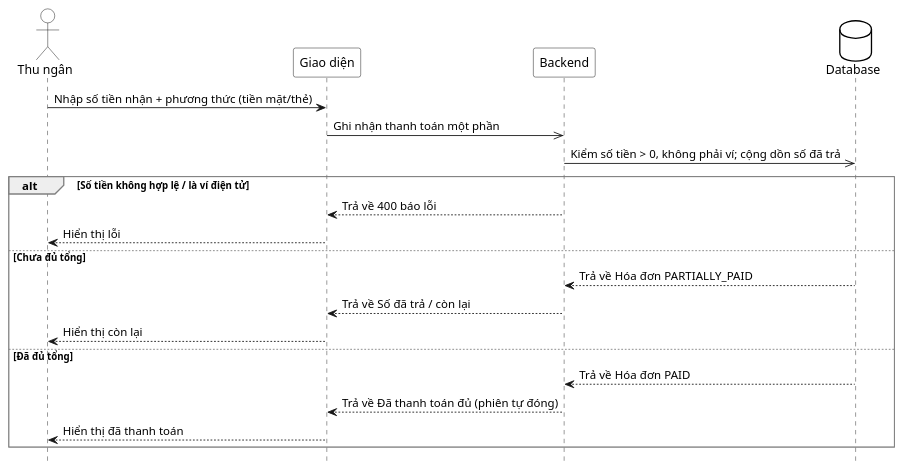
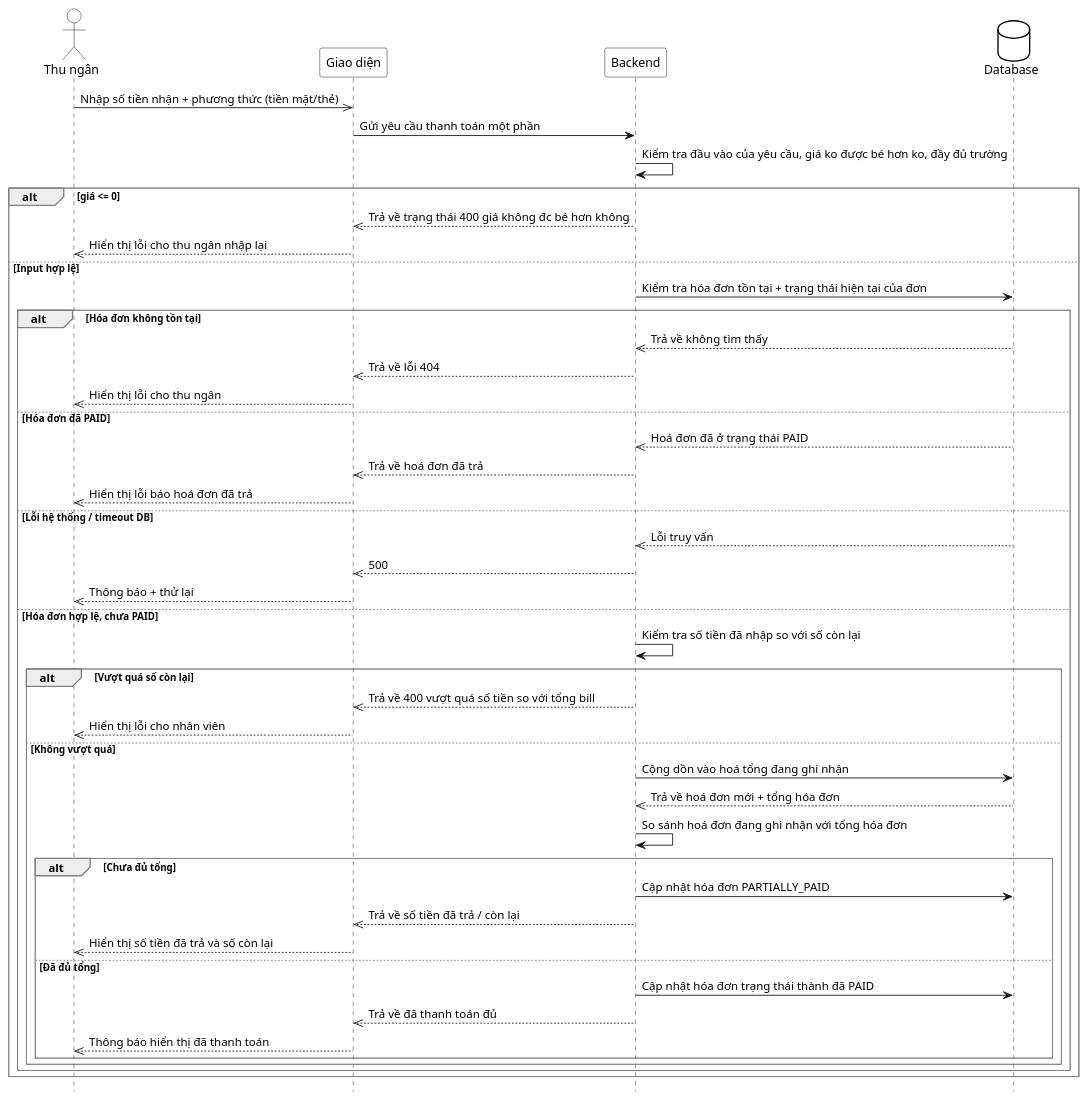
The diagram in docs/use-cases/uc-thu-ngan-35-thanh-toan-mot-phan.md (thanhhoa3514/restaurant-management), drawn with PlantUML before and after one commit. The commit also changed other lines of this file and 98 other files, not shown here.

````diff
--- a/docs/use-cases/uc-thu-ngan-35-thanh-toan-mot-phan.md
+++ b/docs/use-cases/uc-thu-ngan-35-thanh-toan-mot-phan.md
@@ -51,40 +51,67 @@
 ```plantuml
 @startuml
 hide footbox
 skinparam participant {
  BackgroundColor White
  BorderColor Black
 }
 skinparam actor {
  BackgroundColor White
  BorderColor Black
 }
 skinparam database {
  BackgroundColor White
  BorderColor Black
 }
 skinparam sequenceGroupBorderThickness 1
 skinparam sequenceGroupBorderColor Gray
 actor "Thu ngân" as A
 participant "Giao diện" as UI
 participant "Backend" as BE
 database "Database" as DB
 
-A -> UI : Nhập số tiền nhận + phương thức (tiền mặt/thẻ)
-UI ->> BE : Ghi nhận thanh toán một phần
-BE ->> DB : Kiểm số tiền > 0, không phải ví; cộng dồn số đã trả
+A ->> UI : Nhập số tiền nhận + phương thức (tiền mặt/thẻ)
+UI -> BE : Gửi yêu cầu thanh toán một phần
+BE -> BE : Kiểm tra đầu vào của yêu cầu, giá ko được bé hơn ko, đầy đủ trường
 
-alt Số tiền không hợp lệ / là ví điện tử
- BE --> UI : Trả về 400 báo lỗi
- UI --> A : Hiển thị lỗi
-else Chưa đủ tổng
- DB --> BE : Trả về Hóa đơn PARTIALLY_PAID
- BE --> UI : Trả về Số đã trả / còn lại
- UI --> A : Hiển thị còn lại
-else Đã đủ tổng
- DB --> BE : Trả về Hóa đơn PAID
- BE --> UI : Trả về Đã thanh toán đủ (phiên tự đóng)
- UI --> A : Hiển thị đã thanh toán
+alt giá <= 0
+  BE -->> UI : Trả về trạng thái 400 giá không đc bé hơn không
+  UI -->> A : Hiển thị lỗi cho thu ngân nhập lại
+else Input hợp lệ
+  BE -> DB : Kiểm tra hóa đơn tồn tại + trạng thái hiện tại của đơn
+  alt Hóa đơn không tồn tại
+    DB -->> BE : Trả về không tìm thấy
+    BE -->> UI : Trả về lỗi 404
+    UI -->> A : Hiển thị lỗi cho thu ngân
+  else Hóa đơn đã PAID
+    DB -->> BE : Hoá đơn đã ở trạng thái PAID
+    BE -->> UI : Trả về hoá đơn đã trả
+    UI -->> A : Hiển thị lỗi báo hoá đơn đã trả
+  else Lỗi hệ thống / timeout DB
+    DB -->> BE : Lỗi truy vấn
+    BE -->> UI : 500
+    UI -->> A : Thông báo + thử lại
+  else Hóa đơn hợp lệ, chưa PAID
+    BE -> BE : Kiểm tra số tiền đã nhập so với số còn lại
+    alt Vượt quá số còn lại
+      BE -->> UI : Trả về 400 vượt quá số tiền so với tổng bill
+      UI -->> A : Hiển thị lỗi cho nhân viên
+    else Không vượt quá
+      BE -> DB : Cộng dồn vào hoá tổng đang ghi nhận
+      DB -->> BE : Trả về hoá đơn mới + tổng hóa đơn
+      BE -> BE : So sánh hoá đơn đang ghi nhận với tổng hóa đơn
+
+      alt Chưa đủ tổng
+        BE -> DB : Cập nhật hóa đơn PARTIALLY_PAID
+        BE -->> UI :  Trả về số tiền đã trả / còn lại
+        UI -->> A : Hiển thị số tiền đã trả và số còn lại
+      else Đã đủ tổng
+        BE -> DB : Cập nhật hóa đơn trạng thái thành đã PAID
+        BE -->> UI : Trả về đã thanh toán đủ
+        UI -->> A : Thông báo hiển thị đã thanh toán
+      end
+    end
+  end
 end
 @enduml
 ```
````
